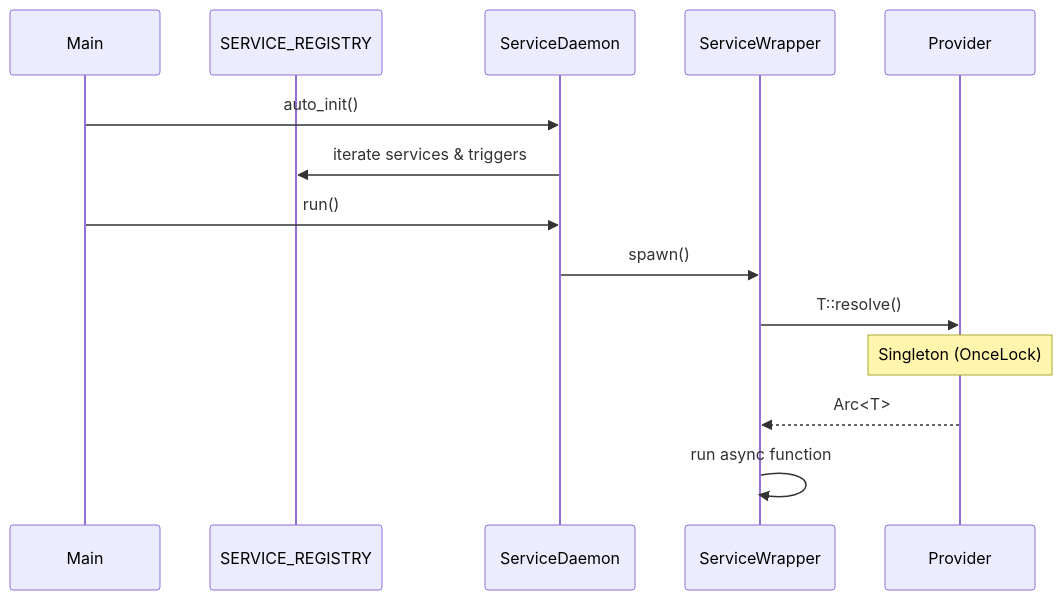
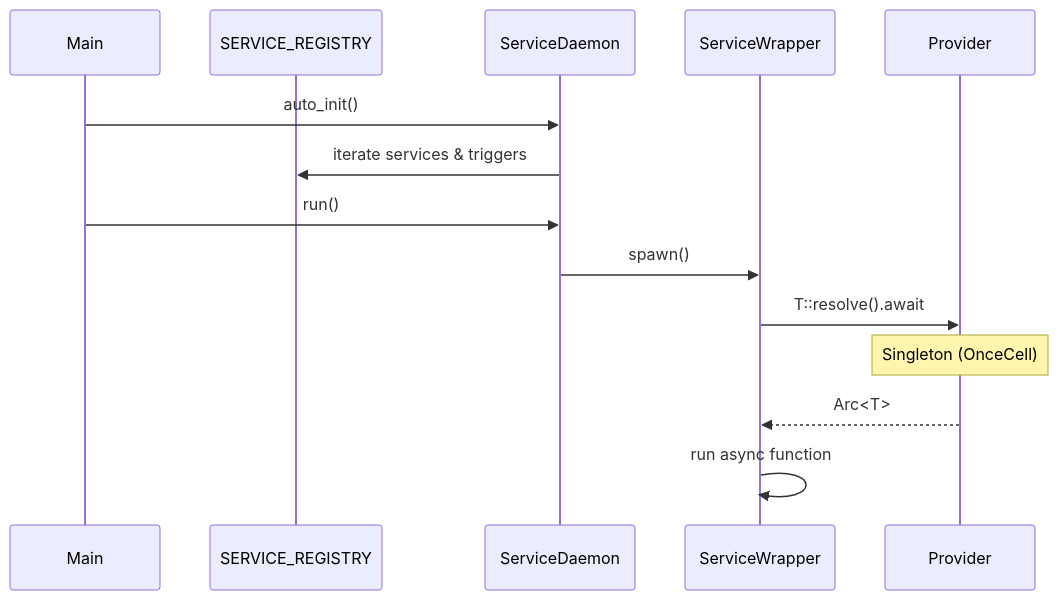
The diagram in README.md (loft-games/service-daemon-rs), drawn with Mermaid before and after one commit. The commit also changed other lines of this file and 9 other files, not shown here.

````diff
--- a/README.md
+++ b/README.md
@@ -159,17 +159,17 @@
 ```mermaid
 sequenceDiagram
     participant Main
     participant SERVICE_REGISTRY
     participant ServiceDaemon
     participant ServiceWrapper
     participant Provider
 
     Main->>ServiceDaemon: auto_init()
     ServiceDaemon->>SERVICE_REGISTRY: iterate services & triggers
     Main->>ServiceDaemon: run()
     ServiceDaemon->>ServiceWrapper: spawn()
-    ServiceWrapper->>Provider: T::resolve()
-    Note over Provider: Singleton (OnceLock)
+    ServiceWrapper->>Provider: T::resolve().await
+    Note over Provider: Singleton (OnceCell)
     Provider-->>ServiceWrapper: Arc<T>
     ServiceWrapper->>ServiceWrapper: run async function
 ```
````
